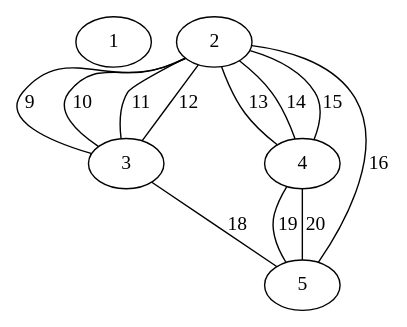
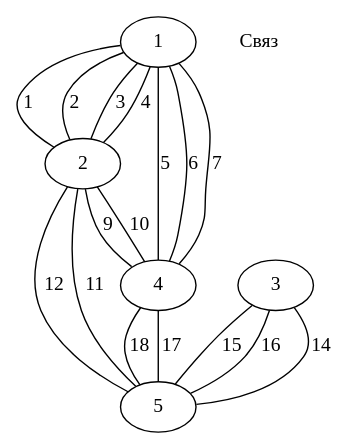
The diagram in dz3/res.gv (cawasret13/flita), drawn with Graphviz before and after one commit. The commit also changed 3 other files, not shown here.

```diff
--- a/dz3/res.gv
+++ b/dz3/res.gv
@@ -1,27 +1,26 @@
-graph no_conn {
+graph Grath {
 1
 2
 3
 4
 5
-
+1 -- 2 [label = 1]
+1 -- 2 [label = 2]
+1 -- 2 [label = 3]
+1 -- 2 [label = 4]
+1 -- 4 [label = 5]
+1 -- 4 [label = 6]
+1 -- 4 [label = 7]
 2
-2
-4
-5
-5
-5
-2
-2 -- 3 [label = 9]
-2 -- 3 [label = 10]
-2 -- 3 [label = 11]
-2 -- 3 [label = 12]
-2 -- 4 [label = 13]
-2 -- 4 [label = 14]
-2 -- 4 [label = 15]
-2 -- 5 [label = 16]
+2 -- 4 [label = 9]
+2 -- 4 [label = 10]
+2 -- 5 [label = 11]
+2 -- 5 [label = 12]
 3
-3 -- 5 [label = 18]
-4 -- 5 [label = 19]
-4 -- 5 [label = 20]
+3 -- 5 [label = 14]
+3 -- 5 [label = 15]
+3 -- 5 [label = 16]
+4 -- 5 [label = 17]
+4 -- 5 [label = 18]
+	0 [shape = plaintext,label = Связ];
 }
```
